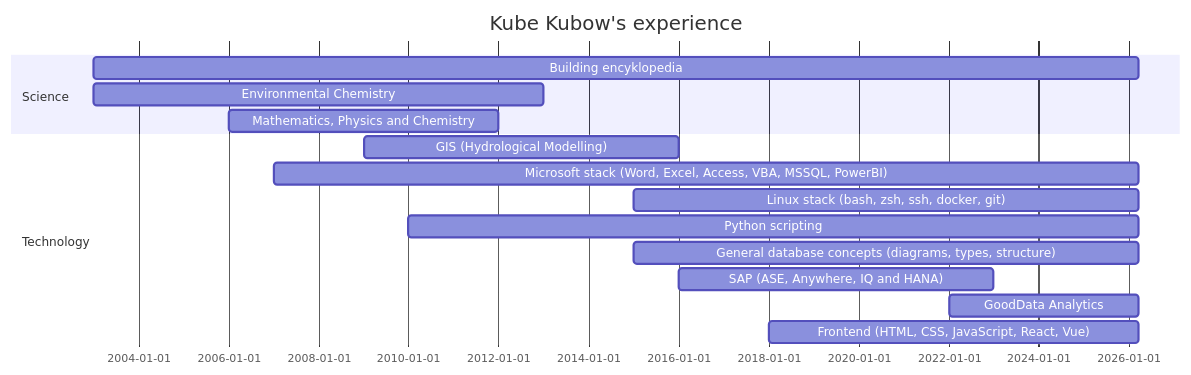
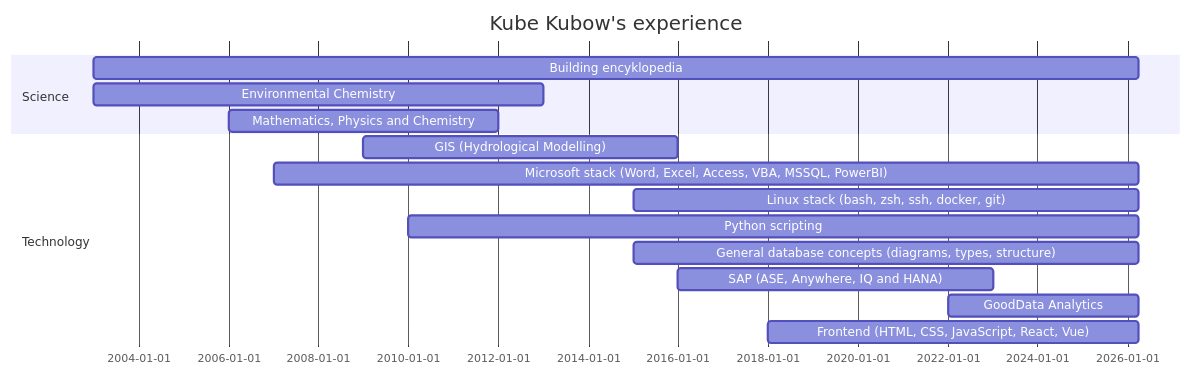
Before and after one commit to kubow/kubow.github.io: the fifth of 5 diagrams in README.md, drawn with Mermaid. The commit also changed 5 other files, not shown here.

````diff
--- a/README.md
+++ b/README.md
@@ -321,34 +321,34 @@
 ```mermaid
 gantt
     title Kube Kubow's experience
     dateFormat  DD-MM-YYYY
     
     section Science
     
-    Building encyklopedia : c1, 01-01-2003, 20-03-2026
+    Building encyklopedia : c1, 01-01-2003, 29-03-2026
     
     Environmental Chemistry : c1, 01-01-2003, 10y
     
     Mathematics, Physics and Chemistry : s1, 01-01-2006, 6y
     
     
     section Technology
     
     GIS (Hydrological Modelling) : 01-01-2009, 7y
     
-    Microsoft stack (Word, Excel, Access, VBA, MSSQL, PowerBI) : 01-01-2007, 20-03-2026
+    Microsoft stack (Word, Excel, Access, VBA, MSSQL, PowerBI) : 01-01-2007, 29-03-2026
     
-    Linux stack (bash, zsh, ssh, docker, git) : 01-01-2015, 20-03-2026
+    Linux stack (bash, zsh, ssh, docker, git) : 01-01-2015, 29-03-2026
     
-    Python scripting : 01-01-2010, 20-03-2026
+    Python scripting : 01-01-2010, 29-03-2026
     
-    General database concepts (diagrams, types, structure) : 01-01-2015, 20-03-2026
+    General database concepts (diagrams, types, structure) : 01-01-2015, 29-03-2026
     
     SAP (ASE, Anywhere, IQ and HANA) : 01-01-2016, 7y
     
-    GoodData Analytics : 01-01-2022, 20-03-2026
+    GoodData Analytics : 01-01-2022, 29-03-2026
     
-    Frontend (HTML, CSS, JavaScript, React, Vue) : 01-01-2018, 20-03-2026
+    Frontend (HTML, CSS, JavaScript, React, Vue) : 01-01-2018, 29-03-2026
     
     
 ```
````
